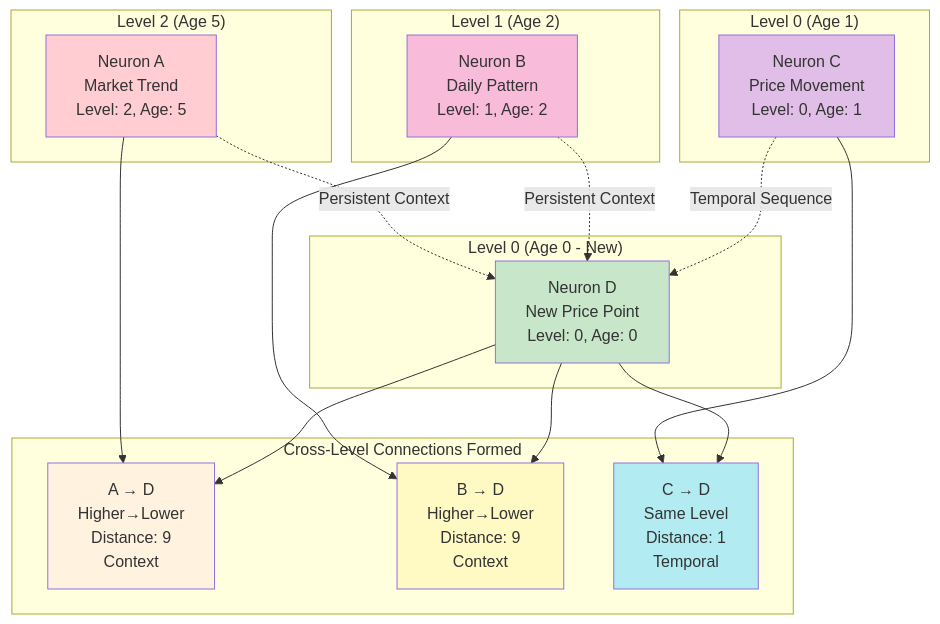
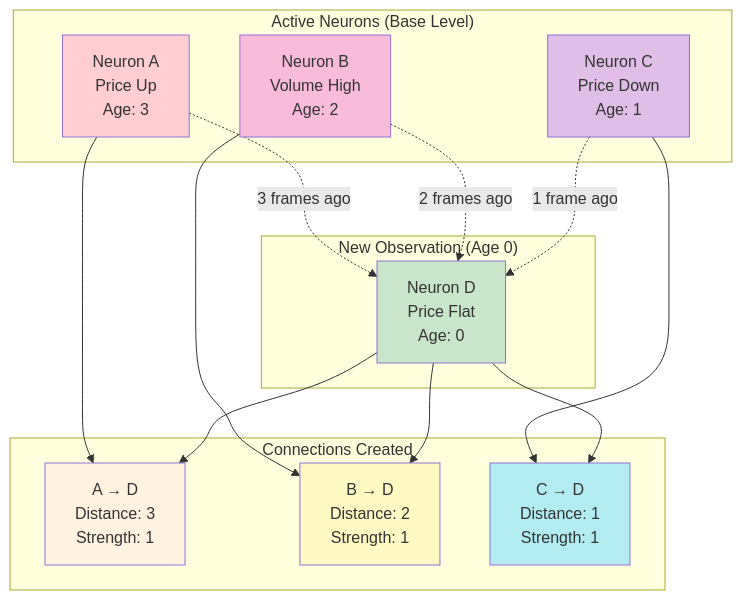
The second of 5 diagrams in docs/PATENT_DISCLOSURE.md (cucar/robot_brain), drawn with Mermaid before and after one commit. The commit also changed other lines of this file and 8 other files, not shown here.

````diff
--- a/docs/PATENT_DISCLOSURE.md
+++ b/docs/PATENT_DISCLOSURE.md
@@ -250,43 +257,37 @@
 ```mermaid
 graph TB
-    subgraph "Level 2 (Age 5)"
-        N1[Neuron A<br/>Market Trend<br/>Level: 2, Age: 5]
+    subgraph "Active Neurons (Base Level)"
+        N1[Neuron A<br/>Price Up<br/>Age: 3]
+        N2[Neuron B<br/>Volume High<br/>Age: 2]
+        N3[Neuron C<br/>Price Down<br/>Age: 1]
     end
 
-    subgraph "Level 1 (Age 2)"
-        N2[Neuron B<br/>Daily Pattern<br/>Level: 1, Age: 2]
+    subgraph "New Observation (Age 0)"
+        N4[Neuron D<br/>Price Flat<br/>Age: 0]
     end
 
-    subgraph "Level 0 (Age 1)"
-        N3[Neuron C<br/>Price Movement<br/>Level: 0, Age: 1]
+    subgraph "Connections Created"
+        C1[A → D<br/>Distance: 3<br/>Strength: 1]
+        C2[B → D<br/>Distance: 2<br/>Strength: 1]
+        C3[C → D<br/>Distance: 1<br/>Strength: 1]
     end
 
-    subgraph "Level 0 (Age 0 - New)"
-        N4[Neuron D<br/>New Price Point<br/>Level: 0, Age: 0]
-    end
-
-    subgraph "Cross-Level Connections Formed"
-        C1[A → D<br/>Higher→Lower<br/>Distance: 9<br/>Context]
-        C2[B → D<br/>Higher→Lower<br/>Distance: 9<br/>Context]
-        C3[C → D<br/>Same Level<br/>Distance: 1<br/>Temporal]
-    end
-
-    N1 -.->|"Persistent Context"| N4
-    N2 -.->|"Persistent Context"| N4
-    N3 -.->|"Temporal Sequence"| N4
+    N1 -.->|"3 frames ago"| N4
+    N2 -.->|"2 frames ago"| N4
+    N3 -.->|"1 frame ago"| N4
 
     N1 --> C1
     N2 --> C2
     N3 --> C3
     N4 --> C1
     N4 --> C2
     N4 --> C3
 
     style N1 fill:#ffcdd2
     style N2 fill:#f8bbd9
     style N3 fill:#e1bee7
     style N4 fill:#c8e6c9
     style C1 fill:#fff3e0
     style C2 fill:#fff9c4
     style C3 fill:#b2ebf2
 ```
````
